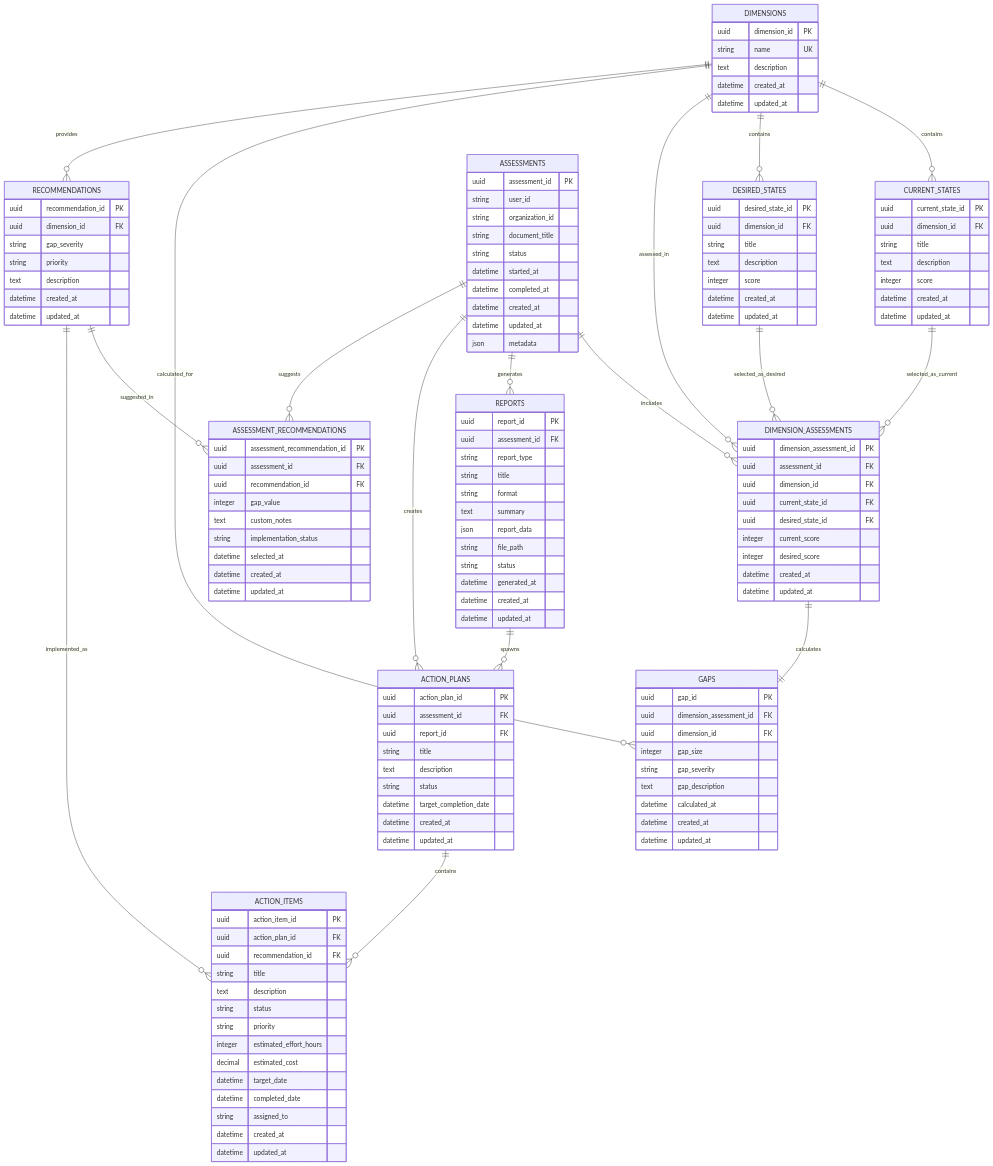
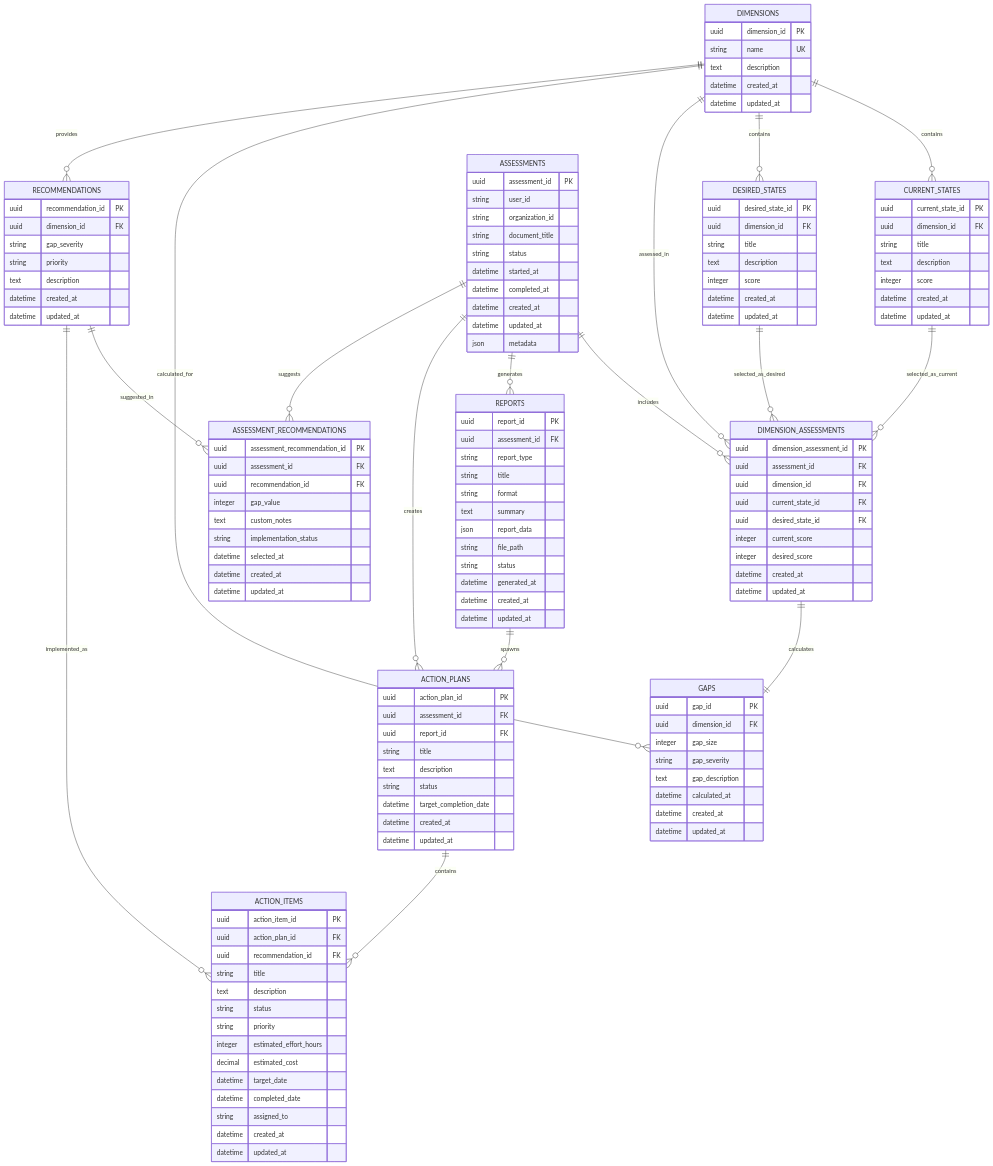
Before and after one commit to ADORSYS-GIS/DGRV-digital-gap-tool: the diagram in doc/Database_ER_Diagram.md, drawn with Mermaid. The commit also changed 8 other files, not shown here.

```diff
--- a/doc/Database_ER_Diagram.md
+++ b/doc/Database_ER_Diagram.md
@@ -60,7 +60,6 @@
     
     GAPS {
         uuid gap_id PK
-        uuid dimension_assessment_id FK
         uuid dimension_id FK
         integer gap_size
         string gap_severity
```
